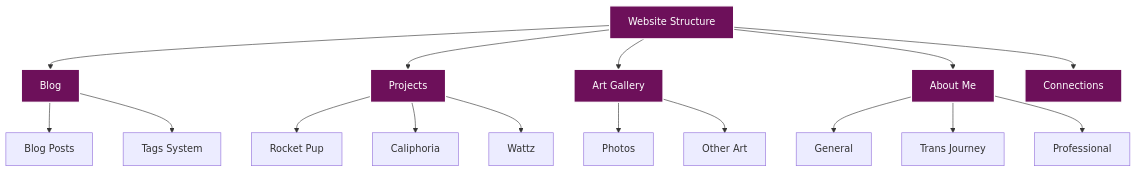
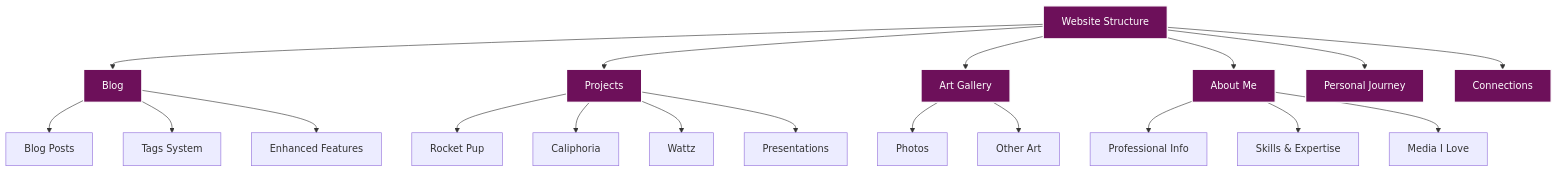
The first of 3 diagrams in README.md (radicalkjax/blog), drawn with Mermaid before and after one commit. The commit also changed other lines of this file and 2 other files, not shown here.

````diff
--- a/README.md
+++ b/README.md
@@ -15,29 +15,33 @@
 ```mermaid
 graph TD
     A[Website Structure] --> B[Blog]
     A --> C[Projects]
     A --> D[Art Gallery]
     A --> E[About Me]
-    A --> F[Connections]
+    A --> F[Personal Journey]
+    A --> G[Connections]
     
     B --> B1[Blog Posts]
     B --> B2[Tags System]
+    B --> B3[Enhanced Features]
     
     C --> C1[Rocket Pup]
     C --> C2[Caliphoria]
     C --> C3[Wattz]
+    C --> C4[Presentations]
     
     D --> D1[Photos]
     D --> D2[Other Art]
     
-    E --> E1[General]
-    E --> E2[Trans Journey]
-    E --> E3[Professional]
+    E --> E1[Professional Info]
+    E --> E2[Skills & Expertise]
+    E --> E3[Media I Love]
     
     style A fill:#6d105a,stroke:#fff,stroke-width:2px,color:#fff
     style B fill:#6d105a,stroke:#fff,stroke-width:2px,color:#fff
     style C fill:#6d105a,stroke:#fff,stroke-width:2px,color:#fff
     style D fill:#6d105a,stroke:#fff,stroke-width:2px,color:#fff
     style E fill:#6d105a,stroke:#fff,stroke-width:2px,color:#fff
     style F fill:#6d105a,stroke:#fff,stroke-width:2px,color:#fff
+    style G fill:#6d105a,stroke:#fff,stroke-width:2px,color:#fff
 ```
````
